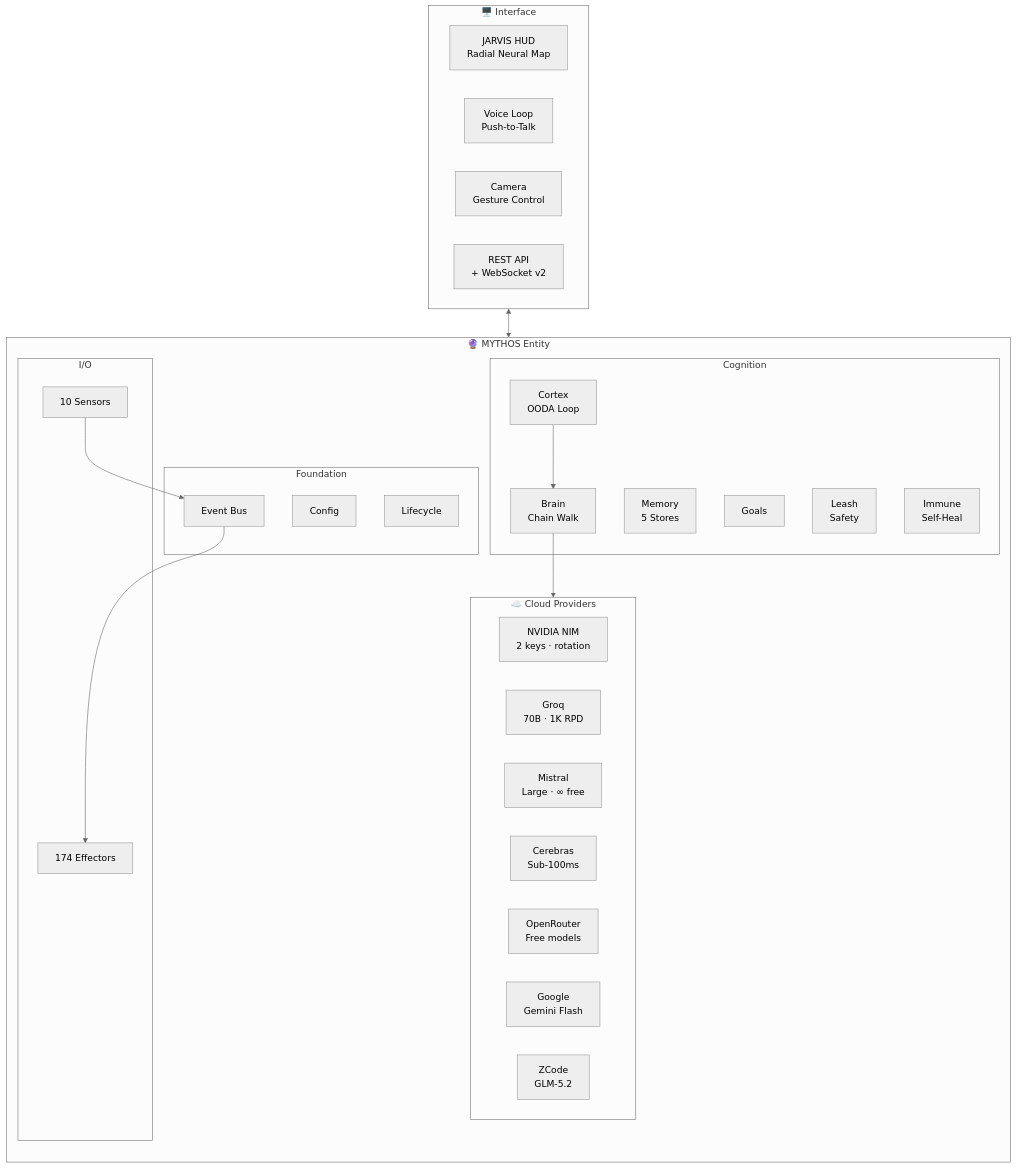
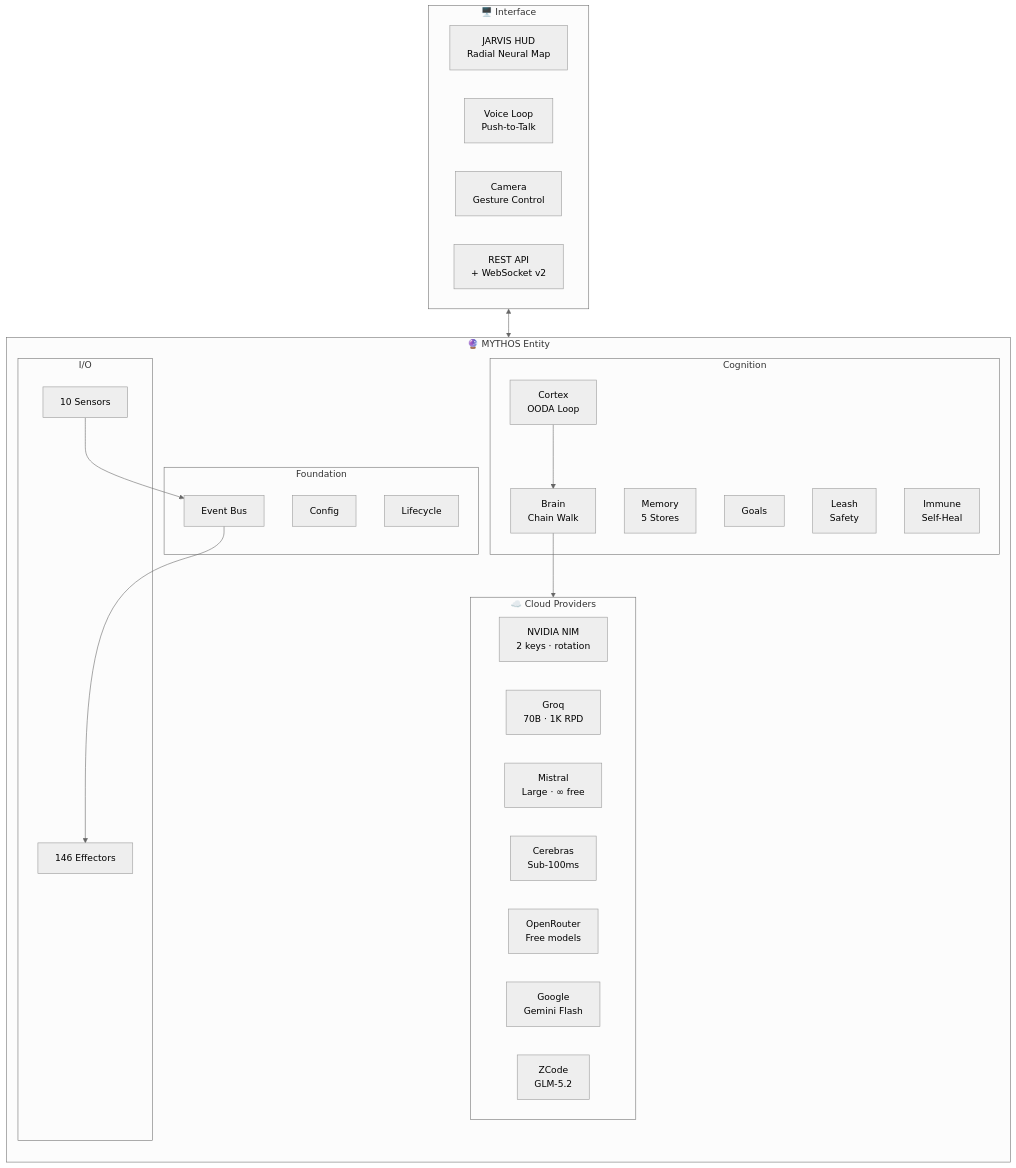
One commit to HailLucifer666/Agent_OS changed the first of 11 diagrams in README.md. Above: the diagram before and after it, drawn with Mermaid (neutral theme). The commit also changed other lines of this file and 38 other files, not shown here.

````diff
--- a/README.md
+++ b/README.md
@@ -48,45 +48,45 @@
 ```mermaid
 flowchart TB
     subgraph Cloud["☁️ Cloud Providers"]
         direction LR
         NIM["NVIDIA NIM<br/>2 keys · rotation"]
         GQ["Groq<br/>70B · 1K RPD"]
         MI["Mistral<br/>Large · ∞ free"]
         CE["Cerebras<br/>Sub-100ms"]
         OR["OpenRouter<br/>Free models"]
         GOOG["Google<br/>Gemini Flash"]
         ZC["ZCode<br/>GLM-5.2"]
     end
 
     subgraph MYTHOS["🔮 MYTHOS Entity"]
         direction TB
         subgraph Foundation["Foundation"]
             CFG["Config"]
             BUS["Event Bus"]
             LIFE["Lifecycle"]
         end
         subgraph Cognition["Cognition"]
             CORT["Cortex<br/>OODA Loop"]
             BRN["Brain<br/>Chain Walk"]
             MEM["Memory<br/>5 Stores"]
             GOAL["Goals"]
             LEASH["Leash<br/>Safety"]
             IMM["Immune<br/>Self-Heal"]
         end
         subgraph IOLayer["I/O"]
             SENS["10 Sensors"]
-            EFF["174 Effectors"]
+            EFF["146 Effectors"]
         end
         CORT --> BRN --> Cloud
         SENS --> BUS --> EFF
     end
 
     subgraph Interface["🖥️ Interface"]
         HUD["JARVIS HUD<br/>Radial Neural Map"]
         VOICE["Voice Loop<br/>Push-to-Talk"]
         CAM["Camera<br/>Gesture Control"]
         API["REST API<br/>+ WebSocket v2"]
     end
 
     Interface <--> MYTHOS
 ```
````
